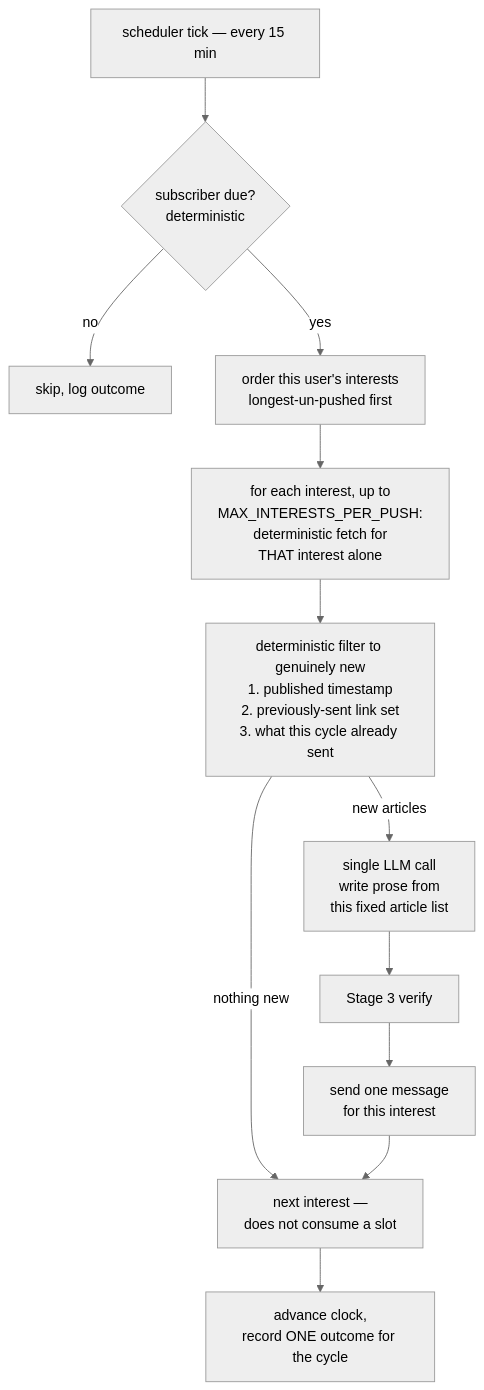
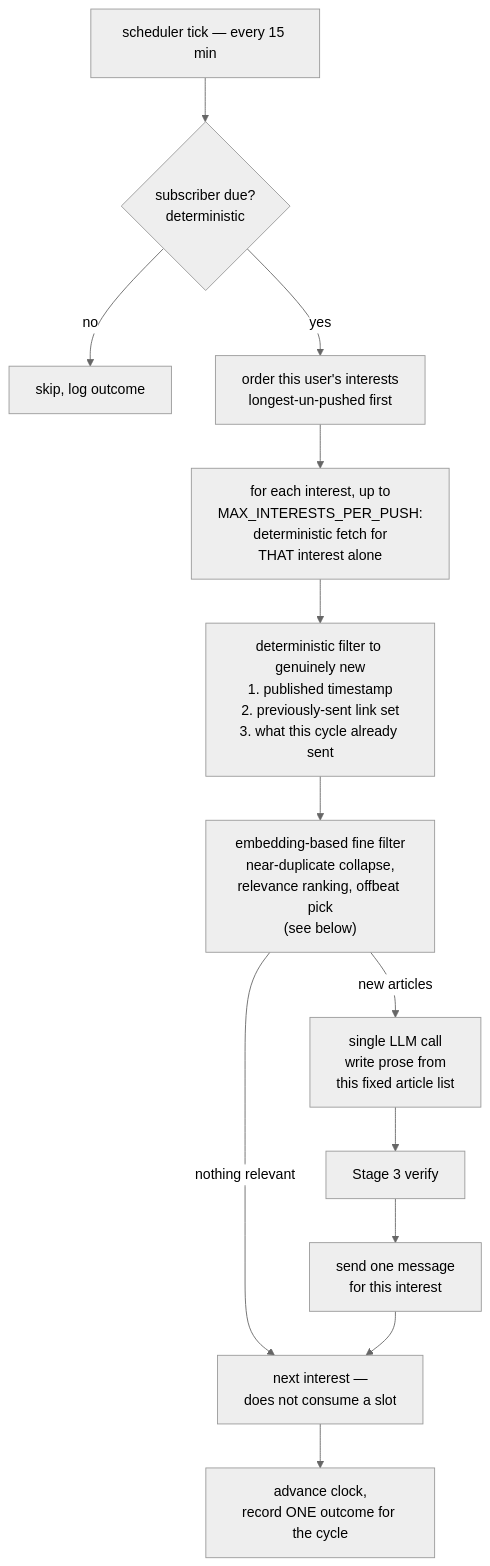
One commit to nankma/argus changed the fifth of 6 diagrams in docs/system-overview.md. Above: the diagram before and after it, drawn with Mermaid (neutral theme). The commit also changed other lines of this file and 16 other files, not shown here.

````diff
--- a/docs/system-overview.md
+++ b/docs/system-overview.md
@@ -340,14 +363,15 @@
 ```mermaid
 flowchart TB
     T["scheduler tick — every 15 min"] --> D{"subscriber due?<br/>deterministic"}
     D -->|no| SKIP["skip, log outcome"]
     D -->|yes| ROT["order this user's interests<br/>longest-un-pushed first"]
     ROT --> F["for each interest, up to<br/>MAX_INTERESTS_PER_PUSH:<br/>deterministic fetch for<br/>THAT interest alone"]
     F --> FILT["deterministic filter to genuinely new<br/>1. published timestamp<br/>2. previously-sent link set<br/>3. what this cycle already sent"]
-    FILT -->|nothing new| NEXT["next interest —<br/>does not consume a slot"]
-    FILT -->|new articles| W["single LLM call<br/>write prose from<br/>this fixed article list"]
+    FILT --> EMB["embedding-based fine filter<br/>near-duplicate collapse,<br/>relevance ranking, offbeat pick<br/>(see below)"]
+    EMB -->|nothing relevant| NEXT["next interest —<br/>does not consume a slot"]
+    EMB -->|new articles| W["single LLM call<br/>write prose from<br/>this fixed article list"]
     W --> V["Stage 3 verify"]
     V --> SEND["send one message<br/>for this interest"]
     SEND --> NEXT
     NEXT --> ADV["advance clock,<br/>record ONE outcome for the cycle"]
 ```
````
